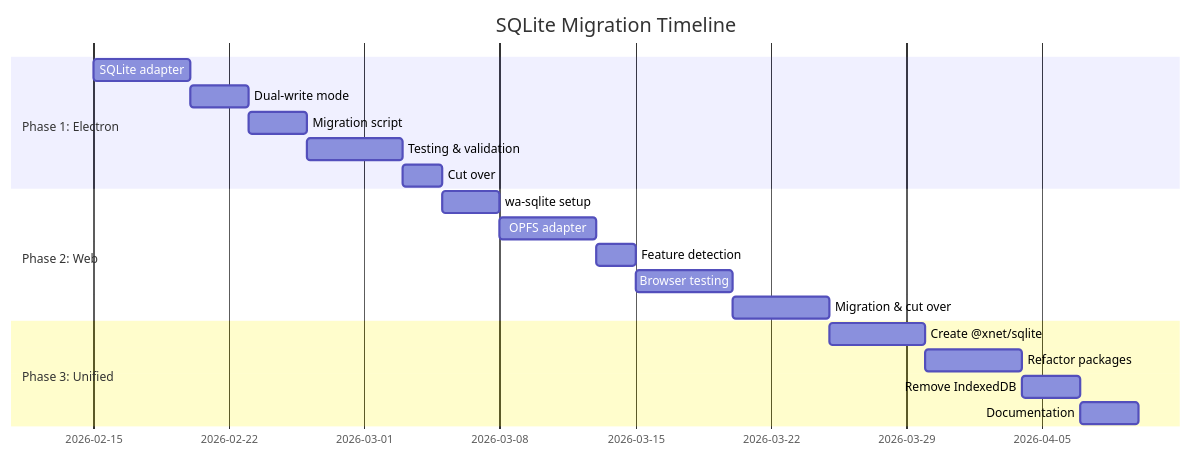
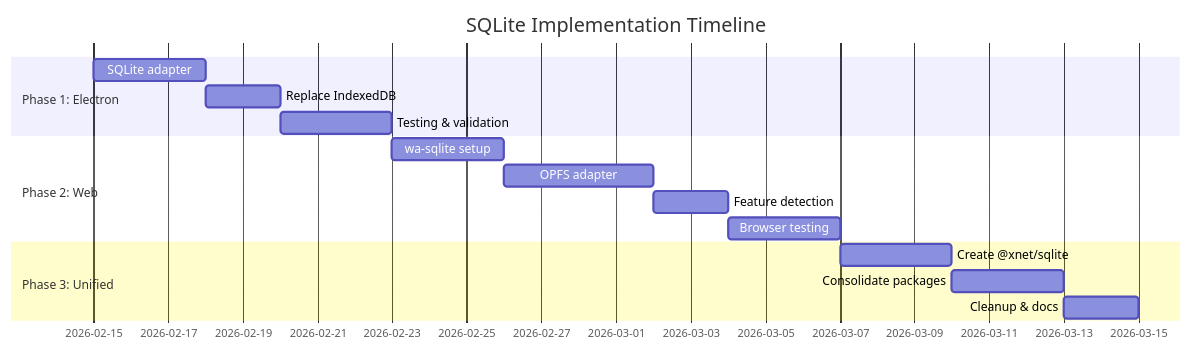
Before and after one commit to crs48/xNet: diagram 16 of 16 in docs/explorations/0072_INDEXEDDB_TO_SQLITE_MIGRATION.md, drawn with Mermaid. The commit also changed other lines of this file, not shown here.

First line of the commit message:
docs(exploration): simplify SQLite storage design for prerelease

````diff
--- a/docs/explorations/0072_INDEXEDDB_TO_SQLITE_MIGRATION.md
+++ b/docs/explorations/0072_INDEXEDDB_TO_SQLITE_MIGRATION.md
@@ -877,24 +741,20 @@
 ```mermaid
 gantt
-    title SQLite Migration Timeline
+    title SQLite Implementation Timeline
     dateFormat  YYYY-MM-DD
     section Phase 1: Electron
-    SQLite adapter           :p1a, 2026-02-15, 5d
-    Dual-write mode          :p1b, after p1a, 3d
-    Migration script         :p1c, after p1b, 3d
-    Testing & validation     :p1d, after p1c, 5d
-    Cut over                 :p1e, after p1d, 2d
+    SQLite adapter           :p1a, 2026-02-15, 3d
+    Replace IndexedDB        :p1b, after p1a, 2d
+    Testing & validation     :p1c, after p1b, 3d
 
     section Phase 2: Web
-    wa-sqlite setup          :p2a, after p1e, 3d
-    OPFS adapter             :p2b, after p2a, 5d
+    wa-sqlite setup          :p2a, after p1c, 3d
+    OPFS adapter             :p2b, after p2a, 4d
     Feature detection        :p2c, after p2b, 2d
-    Browser testing          :p2d, after p2c, 5d
-    Migration & cut over     :p2e, after p2d, 5d
+    Browser testing          :p2d, after p2c, 3d
 
     section Phase 3: Unified
-    Create @xnet/sqlite      :p3a, after p2e, 5d
-    Refactor packages        :p3b, after p3a, 5d
-    Remove IndexedDB         :p3c, after p3b, 3d
-    Documentation            :p3d, after p3c, 3d
+    Create @xnet/sqlite      :p3a, after p2d, 3d
+    Consolidate packages     :p3b, after p3a, 3d
+    Cleanup & docs           :p3c, after p3b, 2d
 ```
````
